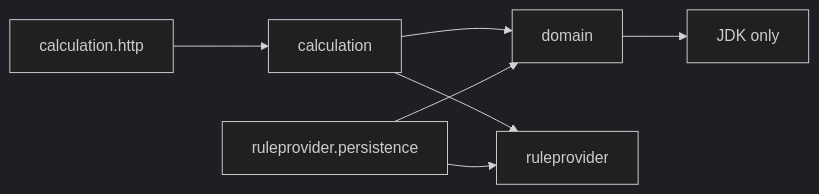
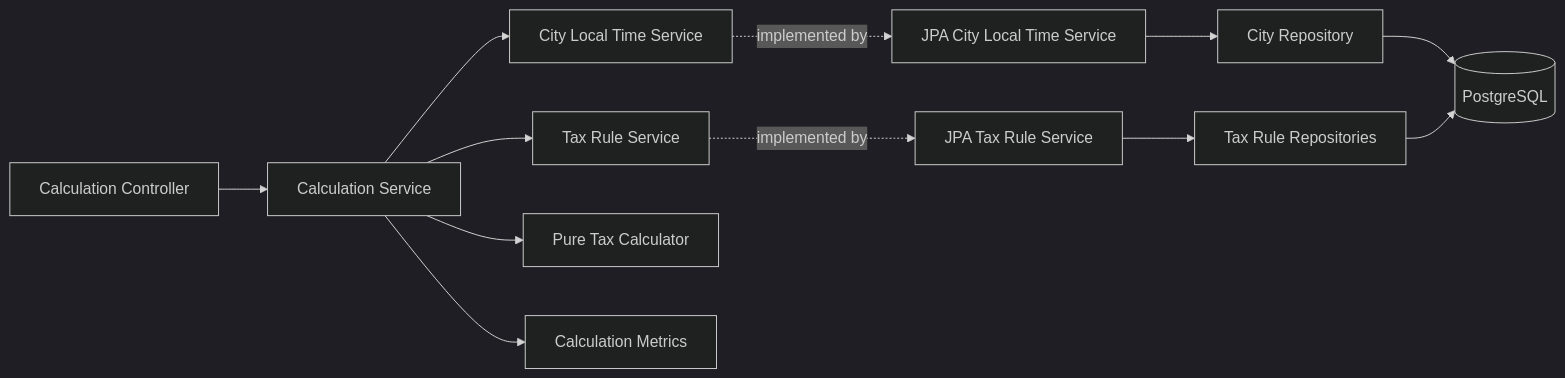
One commit to igrgin/congestion-tax-calculator changed the diagram in docs/plans/issue-3-calculate-one-passage.md. Above: the diagram before and after it, drawn with Mermaid (dark theme). The commit also changed other lines of this file and 78 other files, not shown here.

````diff
--- a/docs/plans/issue-3-calculate-one-passage.md
+++ b/docs/plans/issue-3-calculate-one-passage.md
@@ -79,9 +91,17 @@
 ```mermaid
 flowchart LR
-    HTTP["calculation.http"] --> APP["calculation"]
-    APP --> DOMAIN["domain"]
-    APP --> PROVIDER["ruleprovider"]
-    PERSISTENCE["ruleprovider.persistence"] --> PROVIDER
-    PERSISTENCE --> DOMAIN
-    DOMAIN --> JDK["JDK only"]
+    HTTP["Calculation Controller"] --> APP["Calculation Service"]
+    APP --> LOCAL["City Local Time Service"]
+    APP --> RULE["Tax Rule Service"]
+    APP --> CALC["Pure Tax Calculator"]
+    APP --> METRICS["Calculation Metrics"]
+
+    LOCAL -. "implemented by" .-> LOCAL_JPA["JPA City Local Time Service"]
+    RULE -. "implemented by" .-> RULE_JPA["JPA Tax Rule Service"]
+
+    LOCAL_JPA --> CITY_REPO["City Repository"]
+    RULE_JPA --> RULE_REPO["Tax Rule Repositories"]
+
+    CITY_REPO --> DB[("PostgreSQL")]
+    RULE_REPO --> DB
 ```
````
